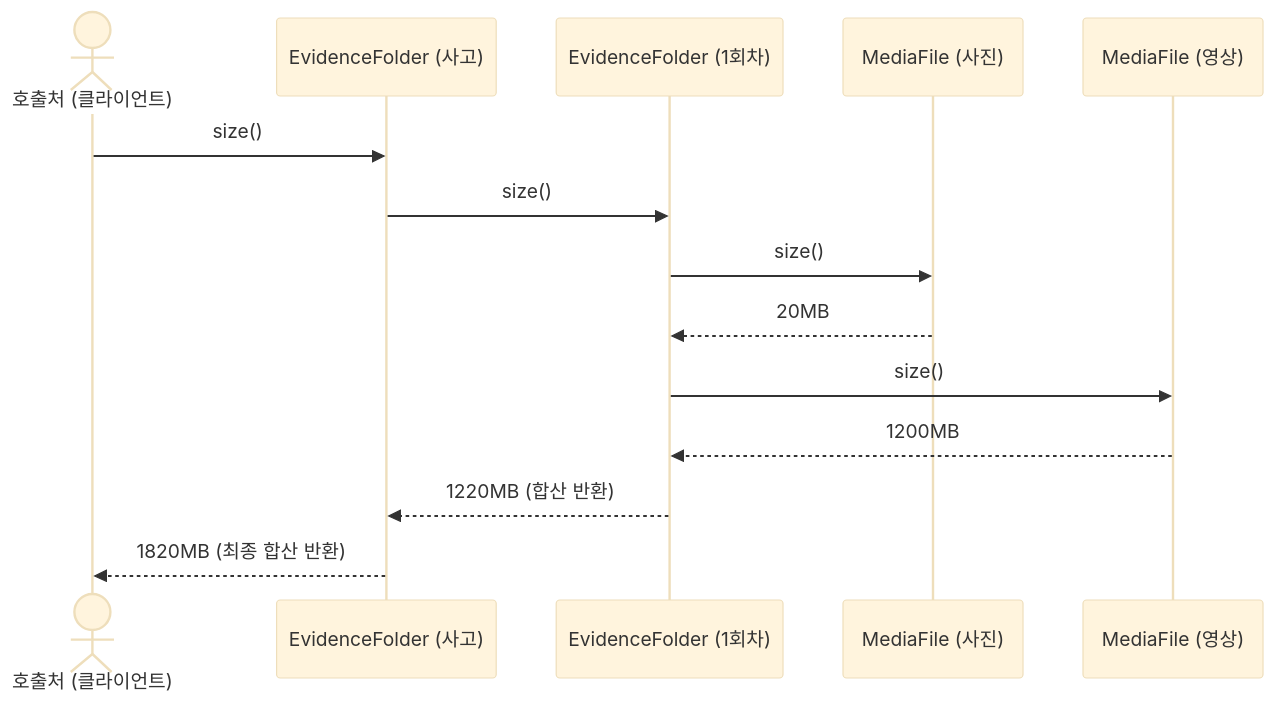
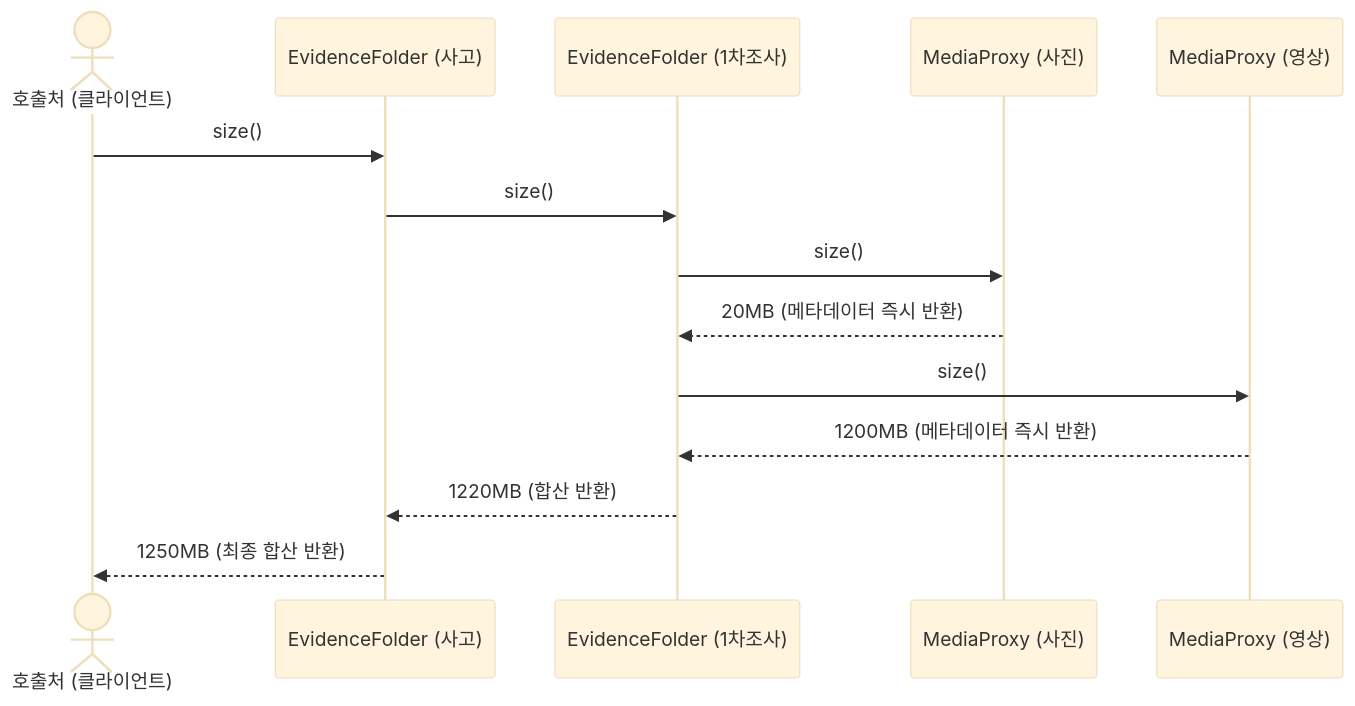
Before and after one commit to Data-MaSTeRR/samsung-aa-design-patterns: the second of 5 diagrams in out/production/team3-media/PRESENTATION.md, drawn with Mermaid (base theme). The commit also changed other lines of this file and 68 other files, not shown here.

````diff
--- a/out/production/team3-media/PRESENTATION.md
+++ b/out/production/team3-media/PRESENTATION.md
@@ -64,17 +174,17 @@
 ```mermaid
 sequenceDiagram
     actor Client as 호출처 (클라이언트)
     participant Accident as EvidenceFolder (사고)
-    participant Round1 as EvidenceFolder (1회차)
-    participant Photo as MediaFile (사진)
-    participant Video as MediaFile (영상)
+    participant Round1 as EvidenceFolder (1차조사)
+    participant Photo as MediaProxy (사진)
+    participant Video as MediaProxy (영상)
 
     Client->>Accident: size()
     Accident->>Round1: size()
     Round1->>Photo: size()
-    Photo-->>Round1: 20MB
+    Photo-->>Round1: 20MB (메타데이터 즉시 반환)
     Round1->>Video: size()
-    Video-->>Round1: 1200MB
+    Video-->>Round1: 1200MB (메타데이터 즉시 반환)
     Round1-->>Accident: 1220MB (합산 반환)
-    Accident-->>Client: 1820MB (최종 합산 반환)
+    Accident-->>Client: 1250MB (최종 합산 반환)
 ```
````
